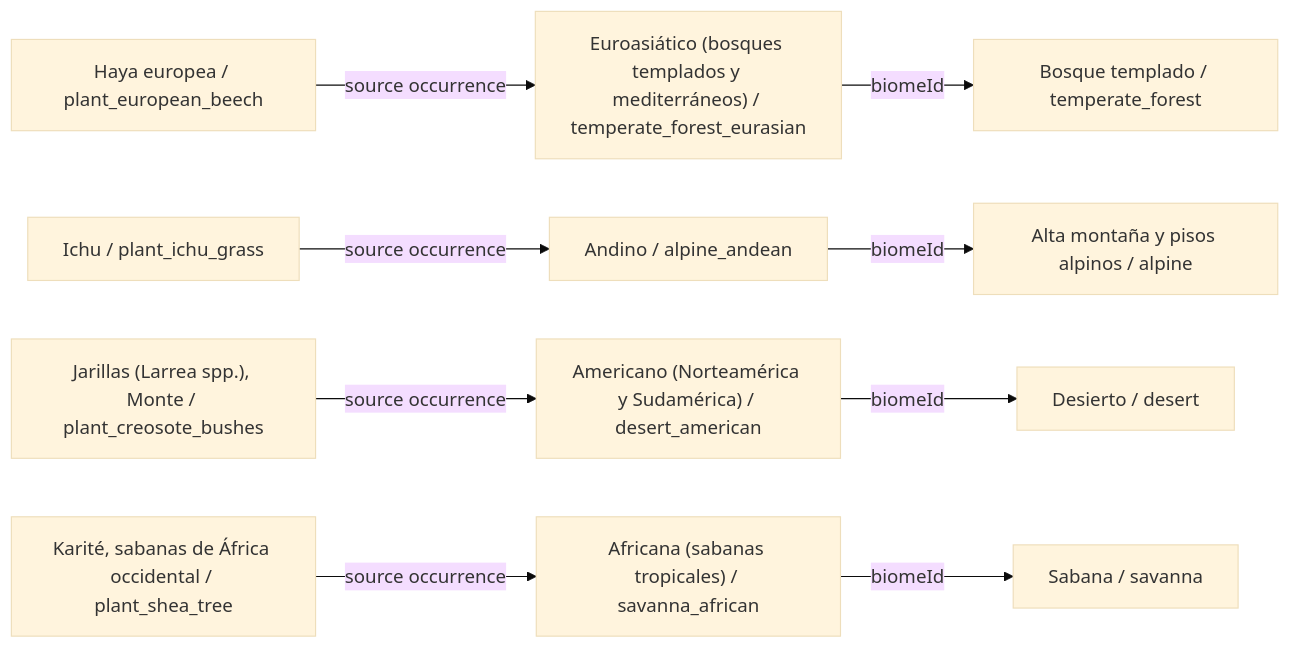
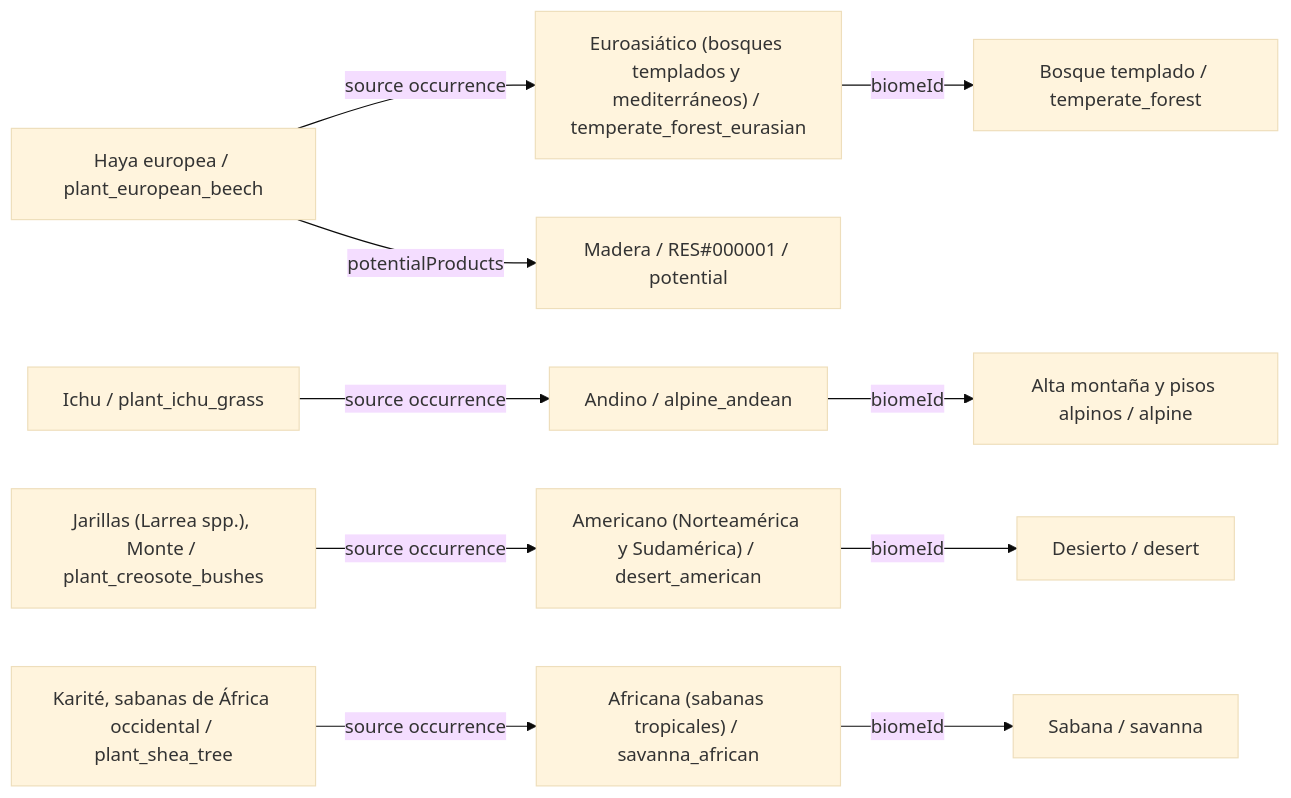
Before and after one commit to fgabo404/EvolveDoc: diagram 15 of 39 in data/plants/DIAGRAMS.es.md, drawn with Mermaid (base theme). The commit also changed other lines of this file and 50 other files, not shown here.

````diff
--- a/data/plants/DIAGRAMS.es.md
+++ b/data/plants/DIAGRAMS.es.md
@@ -500,23 +514,25 @@
 ```mermaid
 flowchart LR
     c0["Haya europea / plant_european_beech"]
     v4["Euroasiático (bosques templados y mediterráneos) / temperate_forest_eurasian"]
     b1["Bosque templado / temperate_forest"]
+    o0_0["Madera / RES#000001 / potential"]
     c1["Ichu / plant_ichu_grass"]
     v23["Andino / alpine_andean"]
     b6["Alta montaña y pisos alpinos / alpine"]
     c2["Jarillas (Larrea spp.), Monte / plant_creosote_bushes"]
     v15["Americano (Norteamérica y Sudamérica) / desert_american"]
     b4["Desierto / desert"]
     c3["Karité, sabanas de África occidental / plant_shea_tree"]
     v11["Africana (sabanas tropicales) / savanna_african"]
     b3["Sabana / savanna"]
+    c0 -->|potentialProducts| o0_0
     c0 -->|source occurrence| v4
     c1 -->|source occurrence| v23
     c2 -->|source occurrence| v15
     c3 -->|source occurrence| v11
     v11 -->|biomeId| b3
     v15 -->|biomeId| b4
     v23 -->|biomeId| b6
     v4 -->|biomeId| b1
 ```
````
